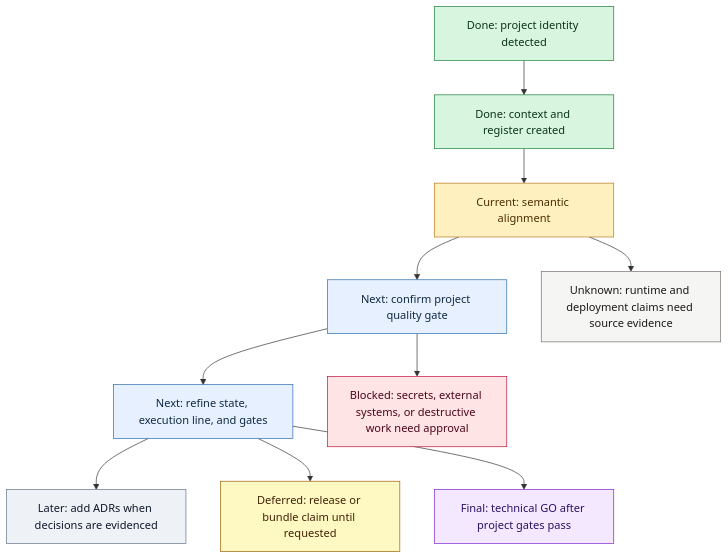
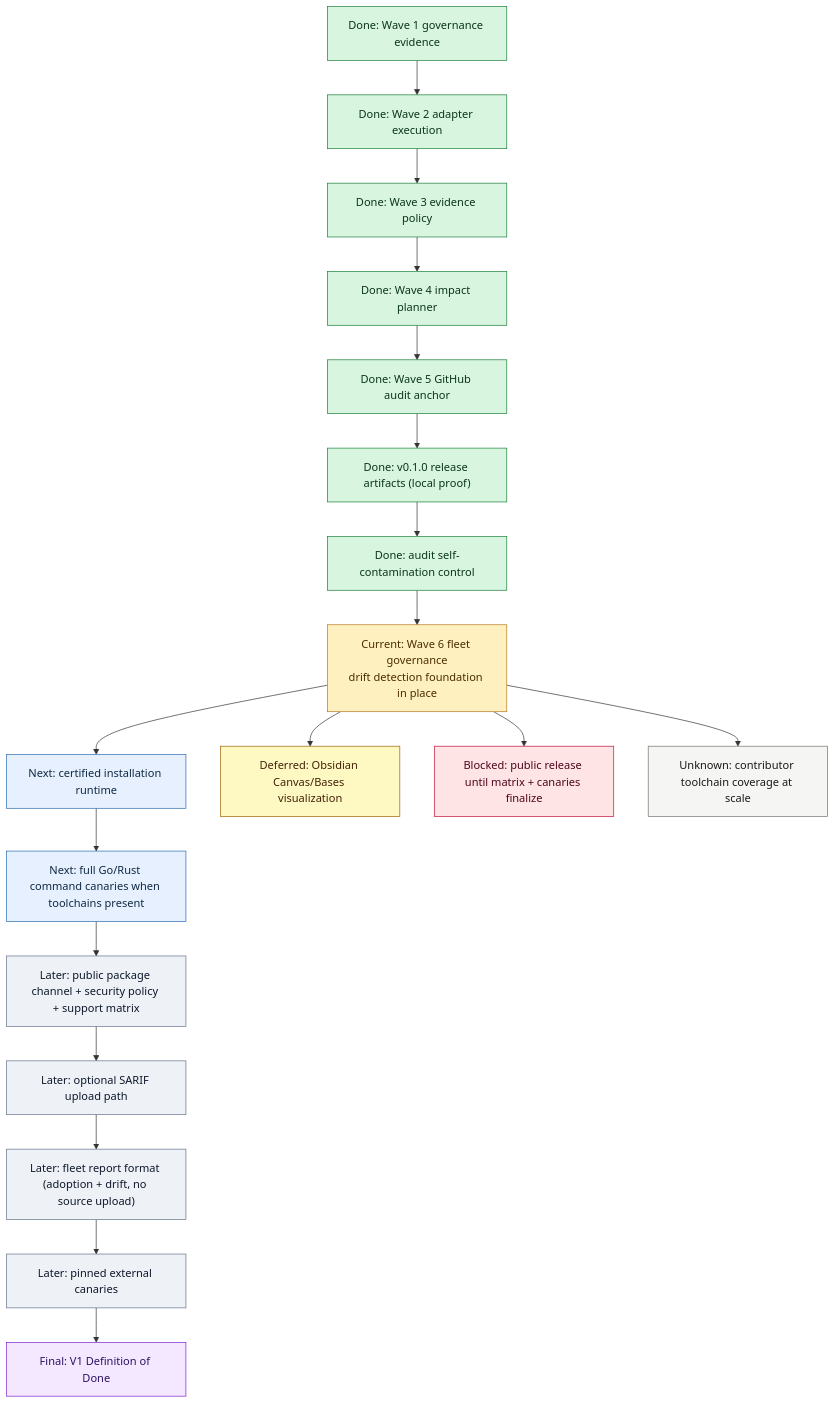
One commit to murillodutt/gate-pre-git changed the second of 2 diagrams in docs/agents/PROJECT-ROADMAP.md. Above: the diagram before and after it, drawn with Mermaid. The commit also changed other lines of this file and 12 other files, not shown here.

````diff
--- a/docs/agents/PROJECT-ROADMAP.md
+++ b/docs/agents/PROJECT-ROADMAP.md
@@ -58,30 +77,38 @@
 ```mermaid
 flowchart TD
-  A["Done: project identity detected"] --> B["Done: context and register created"]
-  B --> C["Current: semantic alignment"]
-  C --> D["Next: confirm project quality gate"]
-  D --> E["Next: refine state, execution line, and gates"]
-  E --> F["Later: add ADRs when decisions are evidenced"]
-  E --> J["Deferred: release or bundle claim until requested"]
-  E --> I["Final: technical GO after project gates pass"]
-  D --> G["Blocked: secrets, external systems, or destructive work need approval"]
-  C --> H["Unknown: runtime and deployment claims need source evidence"]
+  D1["Done: Wave 1 governance evidence"] --> D2["Done: Wave 2 adapter execution"]
+  D2 --> D3["Done: Wave 3 evidence policy"]
+  D3 --> D4["Done: Wave 4 impact planner"]
+  D4 --> D5["Done: Wave 5 GitHub audit anchor"]
+  D5 --> D6["Done: v0.1.0 release artifacts (local proof)"]
+  D6 --> D7["Done: audit self-contamination control"]
+  D7 --> C1["Current: Wave 6 fleet governance<br/>drift detection foundation in place"]
+  C1 --> N1["Next: certified installation runtime"]
+  N1 --> N2["Next: full Go/Rust command canaries when toolchains present"]
+  N2 --> L1["Later: public package channel + security policy + support matrix"]
+  L1 --> L2["Later: optional SARIF upload path"]
+  L2 --> L3["Later: fleet report format (adoption + drift, no source upload)"]
+  L3 --> L4["Later: pinned external canaries"]
+  L4 --> F1["Final: V1 Definition of Done"]
+  C1 --> DEF1["Deferred: Obsidian Canvas/Bases visualization"]
+  C1 --> B1["Blocked: public release until matrix + canaries finalize"]
+  C1 --> U1["Unknown: contributor toolchain coverage at scale"]
 
   classDef done fill:#d8f5df,stroke:#1b7f3a,color:#0b351a;
   classDef current fill:#fff0bf,stroke:#b7791f,color:#4a2d00;
   classDef next fill:#e6f0ff,stroke:#2b6cb0,color:#102a43;
   classDef later fill:#eef2f7,stroke:#64748b,color:#0f172a;
   classDef deferred fill:#fef9c3,stroke:#a16207,color:#422006;
   classDef blocked fill:#ffe4e6,stroke:#be123c,color:#4c0519;
   classDef unknown fill:#f5f5f4,stroke:#78716c,color:#1c1917;
   classDef final fill:#f3e8ff,stroke:#7e22ce,color:#2e1065;
 
-  class A,B done;
-  class C current;
-  class D,E next;
-  class F later;
-  class J deferred;
-  class G blocked;
-  class H unknown;
-  class I final;
+  class D1,D2,D3,D4,D5,D6,D7 done;
+  class C1 current;
+  class N1,N2 next;
+  class L1,L2,L3,L4 later;
+  class DEF1 deferred;
+  class B1 blocked;
+  class U1 unknown;
+  class F1 final;
 ```
````
